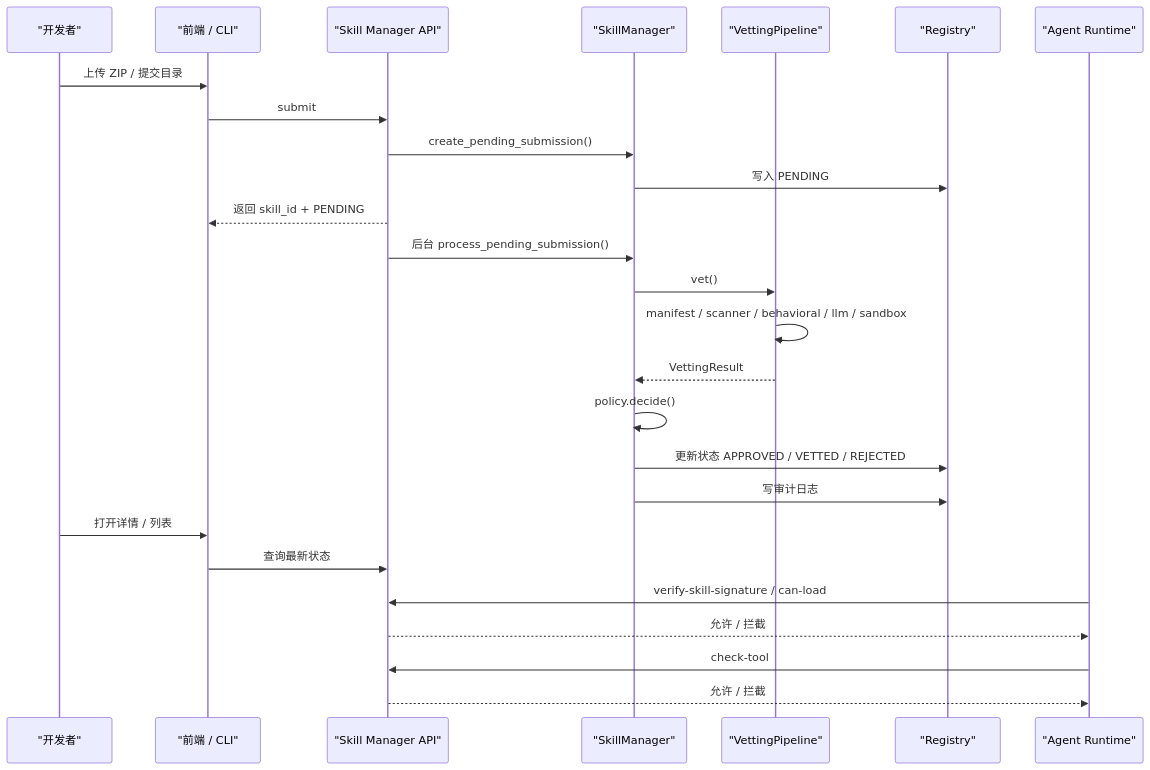
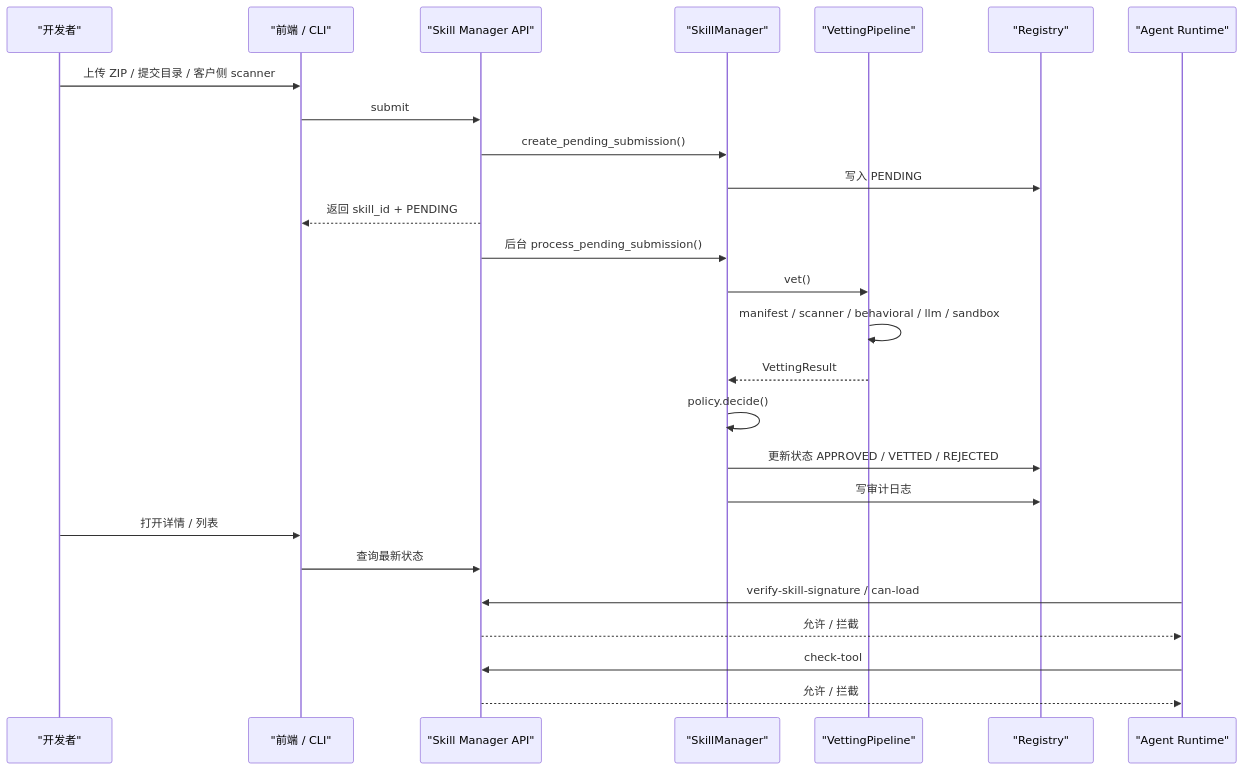
One commit to HuangLuGuang/skill-manager changed the second of 5 diagrams in docs/project-guide.md. Above: the diagram before and after it, drawn with Mermaid. The commit also changed other lines of this file and 76 other files, not shown here.

````diff
--- a/docs/project-guide.md
+++ b/docs/project-guide.md
@@ -182,32 +197,32 @@
 ```mermaid
 sequenceDiagram
     participant Dev as "开发者"
     participant UI as "前端 / CLI"
     participant API as "Skill Manager API"
     participant Mgr as "SkillManager"
     participant Vet as "VettingPipeline"
     participant Reg as "Registry"
     participant Agent as "Agent Runtime"
 
-    Dev->>UI: 上传 ZIP / 提交目录
+    Dev->>UI: 上传 ZIP / 提交目录 / 客户侧 scanner
     UI->>API: submit
     API->>Mgr: create_pending_submission()
     Mgr->>Reg: 写入 PENDING
     API-->>UI: 返回 skill_id + PENDING
 
     API->>Mgr: 后台 process_pending_submission()
     Mgr->>Vet: vet()
     Vet->>Vet: manifest / scanner / behavioral / llm / sandbox
     Vet-->>Mgr: VettingResult
     Mgr->>Mgr: policy.decide()
     Mgr->>Reg: 更新状态 APPROVED / VETTED / REJECTED
     Mgr->>Reg: 写审计日志
 
     Dev->>UI: 打开详情 / 列表
     UI->>API: 查询最新状态
 
     Agent->>API: verify-skill-signature / can-load
     API-->>Agent: 允许 / 拦截
     Agent->>API: check-tool
     API-->>Agent: 允许 / 拦截
 ```
````
